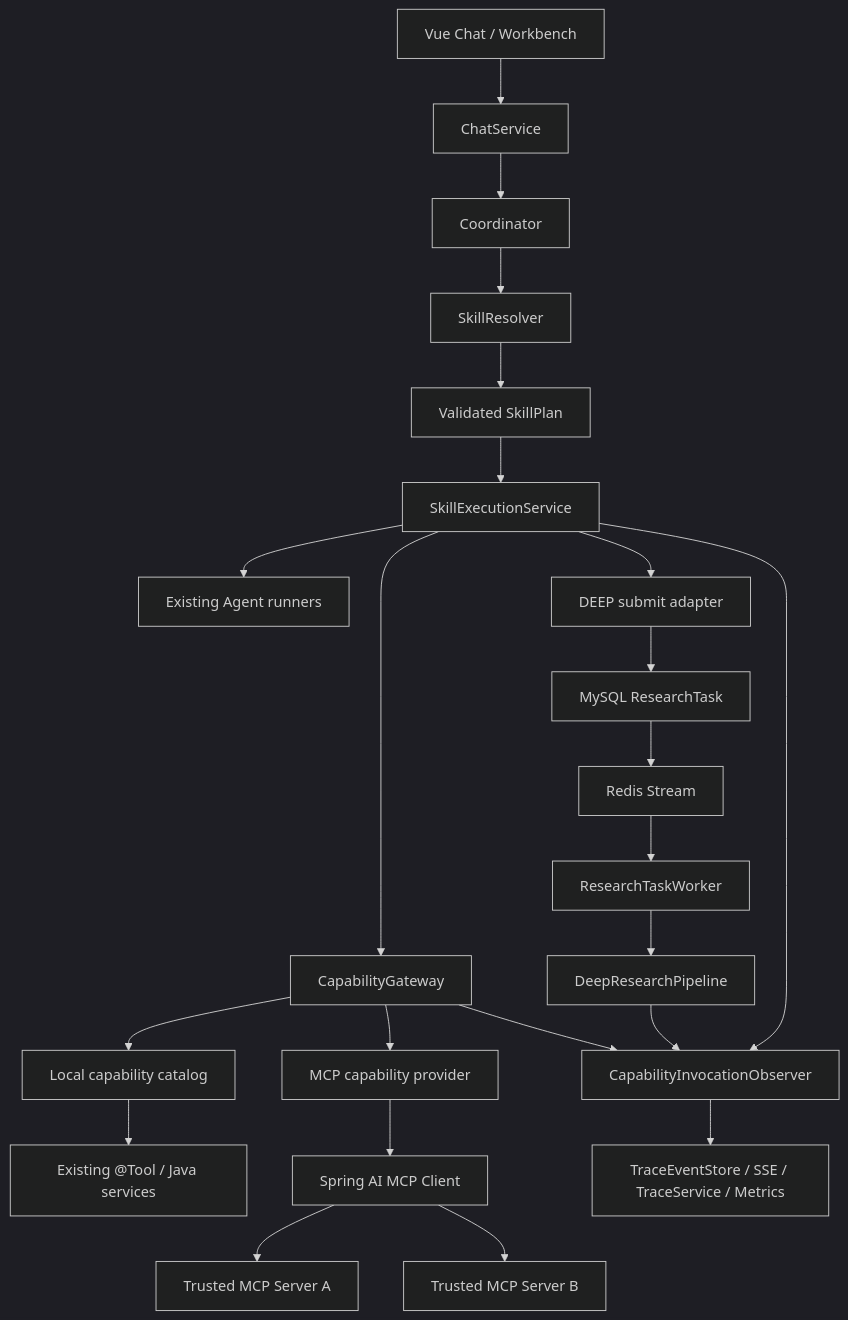
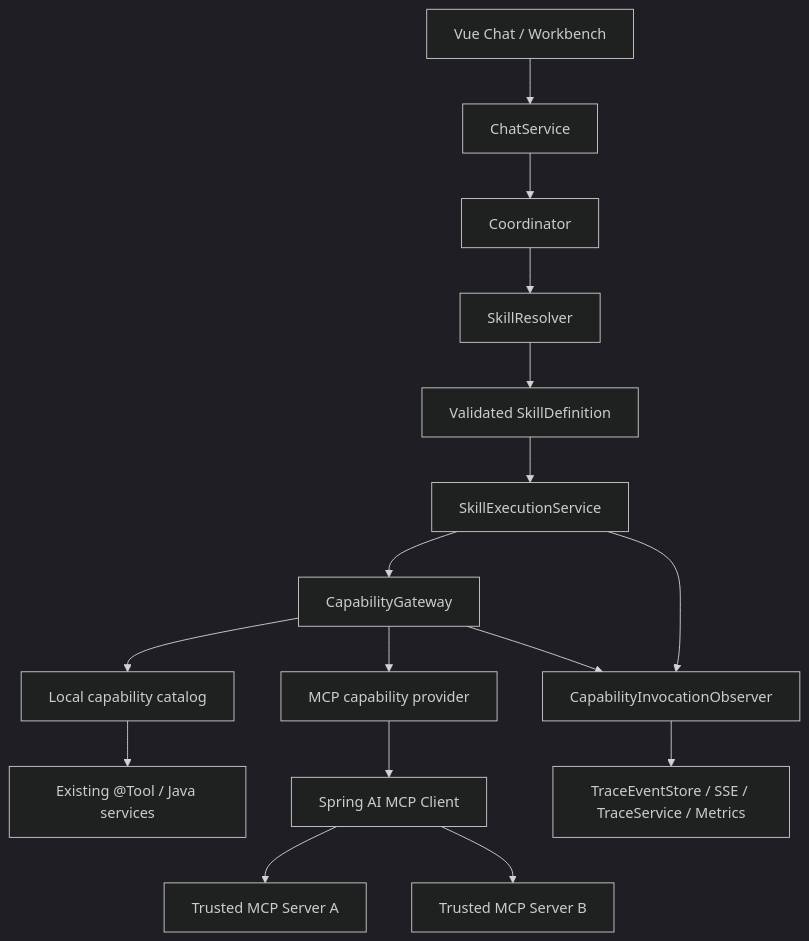
One commit to Tancaject/StockSage changed the diagram in docs/architecture/mcp-skill-design.md. Above: the diagram before and after it, drawn with Mermaid (dark theme). The commit also changed other lines of this file and 3 other files, not shown here.

Commit message:
docs: align agent architecture guidance

````diff
--- a/docs/architecture/mcp-skill-design.md
+++ b/docs/architecture/mcp-skill-design.md
@@ -183,30 +186,22 @@
 ```mermaid
 flowchart TD
     UI["Vue Chat / Workbench"] --> CS["ChatService"]
     CS --> CO["Coordinator"]
     CO --> SR["SkillResolver"]
-    SR --> SP["Validated SkillPlan"]
-    SP --> SE["SkillExecutionService"]
+    SR --> SD["Validated SkillDefinition"]
+    SD --> SE["SkillExecutionService"]
 
-    SE --> AR["Existing Agent runners"]
     SE --> CG["CapabilityGateway"]
-    SE --> DRS["DEEP submit adapter"]
 
     CG --> LR["Local capability catalog"]
     LR --> LT["Existing @Tool / Java services"]
 
     CG --> MR["MCP capability provider"]
     MR --> MC["Spring AI MCP Client"]
     MC --> MS1["Trusted MCP Server A"]
     MC --> MS2["Trusted MCP Server B"]
 
-    DRS --> RT["MySQL ResearchTask"]
-    RT --> RQ["Redis Stream"]
-    RQ --> RW["ResearchTaskWorker"]
-    RW --> DRP["DeepResearchPipeline"]
-
     SE --> OBS["CapabilityInvocationObserver"]
     CG --> OBS
-    DRP --> OBS
     OBS --> TES["TraceEventStore / SSE / TraceService / Metrics"]
 ```
````
